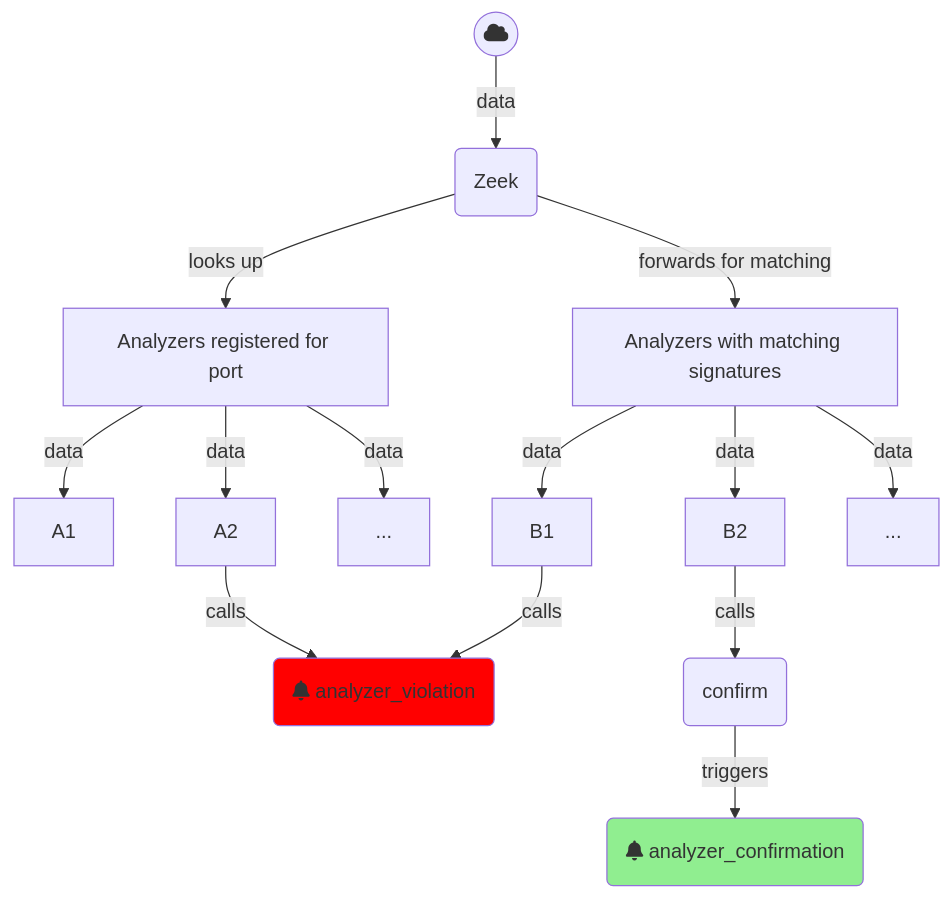
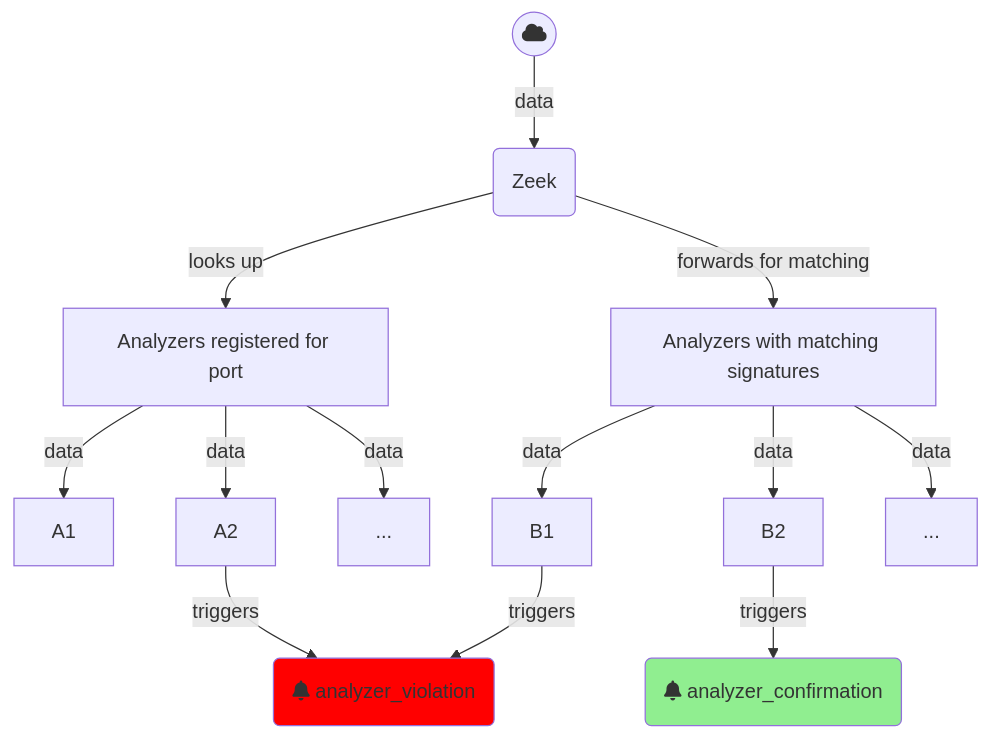
The diagram in src/zeek_protocol_analyzers.md (bbannier/spicy-course), drawn with Mermaid before and after one commit.

````diff
--- a/src/zeek_protocol_analyzers.md
+++ b/src/zeek_protocol_analyzers.md
@@ -71,26 +71,25 @@
 ```mermaid
 flowchart TD
     N((fa:fa-cloud)) -->|data| Z(Zeek)
     Z -->|looks up| Reg[Analyzers registered for port]
     Z --> |forwards for matching| dpd[Analyzers with matching signatures]
 
     Reg -->|data| A1
     Reg --> |data|A2
     Reg --> |data|AN[...]
 
     dpd -->|data| B1
     dpd --> |data|B2
     dpd --> |data|BN[...]
 
     AC(fa:fa-bell analyzer_confirmation)
     style AC fill:lightgreen
 
     AV(fa:fa-bell analyzer_violation)
     style AV fill:red
 
-    B2 -->|calls| C(confirm)
-    C -->|triggers| AC
+    B2 -->|triggers| AC
 
-    A2 -->|calls| AV
-    B1 -->|calls| AV
+    A2 -->|triggers| AV
+    B1 -->|triggers| AV
 ```
````
